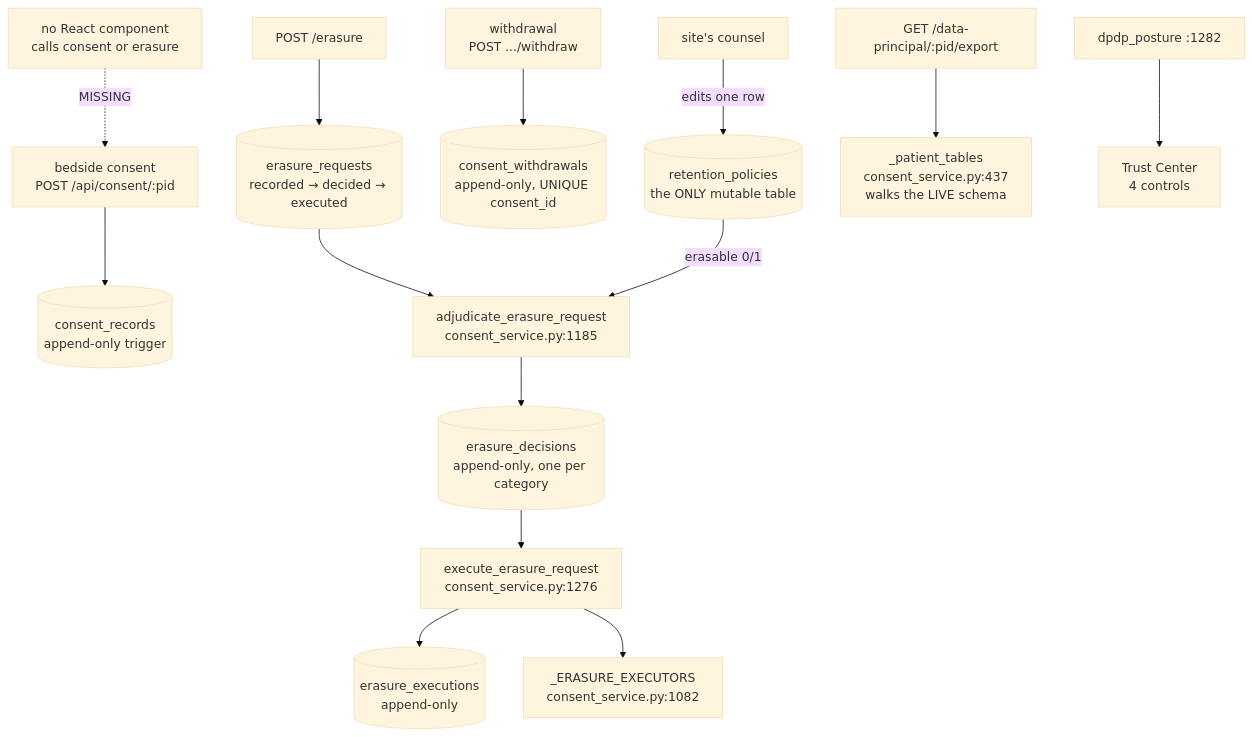
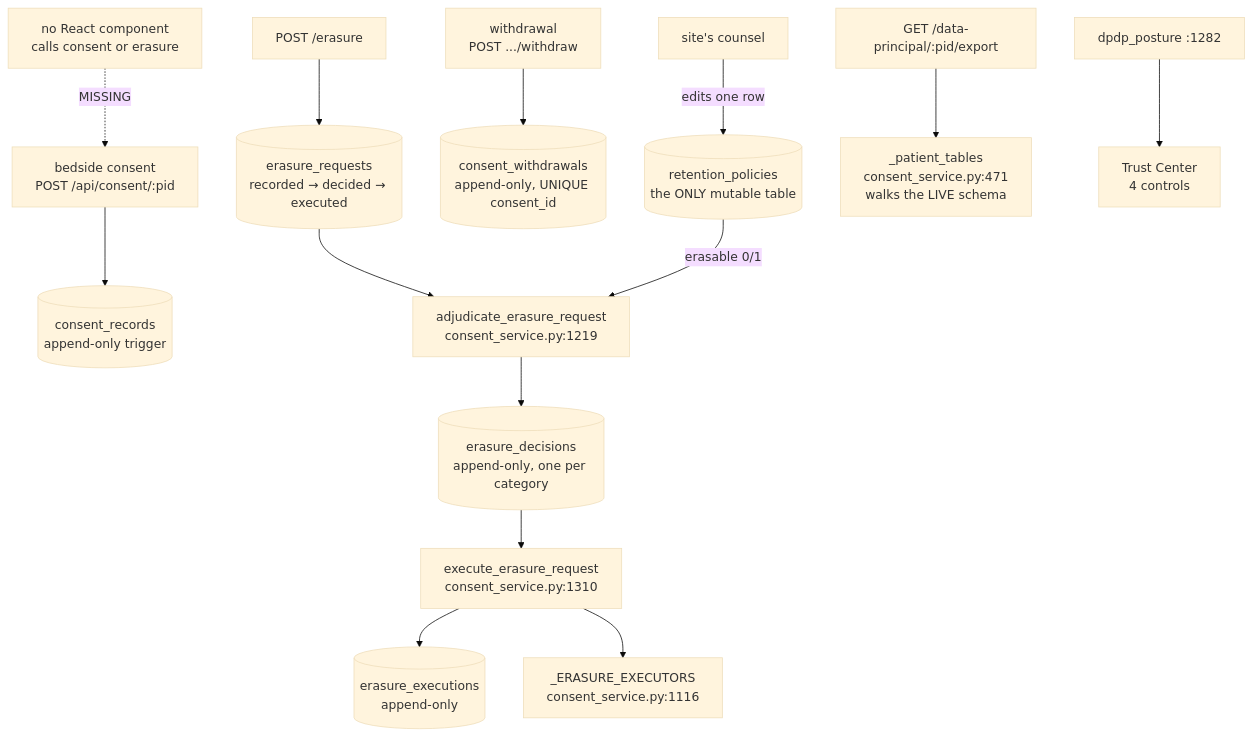
The first of 2 diagrams in docs/guide/35-dpdp-consent-and-data-rights.md (samuelmorningstar23/Orb), drawn with Mermaid (base theme) before and after one commit. The commit also changed other lines of this file and 188 other files, not shown here.

````diff
--- a/docs/guide/35-dpdp-consent-and-data-rights.md
+++ b/docs/guide/35-dpdp-consent-and-data-rights.md
@@ -35,16 +35,16 @@
 ```mermaid
 graph TD
   SITE[site's counsel] -->|edits one row| RP[(retention_policies<br/>the ONLY mutable table)]
   BED[bedside consent<br/>POST /api/consent/:pid] --> CR[(consent_records<br/>append-only trigger)]
   BED2[withdrawal<br/>POST .../withdraw] --> CW[(consent_withdrawals<br/>append-only, UNIQUE consent_id)]
   REQ[POST /erasure] --> ER[(erasure_requests<br/>recorded → decided → executed)]
-  ER --> ADJ[adjudicate_erasure_request<br/>consent_service.py:1185]
+  ER --> ADJ[adjudicate_erasure_request<br/>consent_service.py:1219]
   RP -->|erasable 0/1| ADJ
   ADJ --> ED[(erasure_decisions<br/>append-only, one per category)]
-  ED --> EXE[execute_erasure_request<br/>consent_service.py:1276]
+  ED --> EXE[execute_erasure_request<br/>consent_service.py:1310]
   EXE --> EX[(erasure_executions<br/>append-only)]
-  EXE --> KILL[_ERASURE_EXECUTORS<br/>consent_service.py:1082]
-  EXP[GET /data-principal/:pid/export] --> WALK[_patient_tables<br/>consent_service.py:437<br/>walks the LIVE schema]
+  EXE --> KILL[_ERASURE_EXECUTORS<br/>consent_service.py:1116]
+  EXP[GET /data-principal/:pid/export] --> WALK[_patient_tables<br/>consent_service.py:471<br/>walks the LIVE schema]
   POST[dpdp_posture :1282] --> TRUST[Trust Center<br/>4 controls]
   UI[no React component<br/>calls consent or erasure] -.->|MISSING| BED
 ```
````
